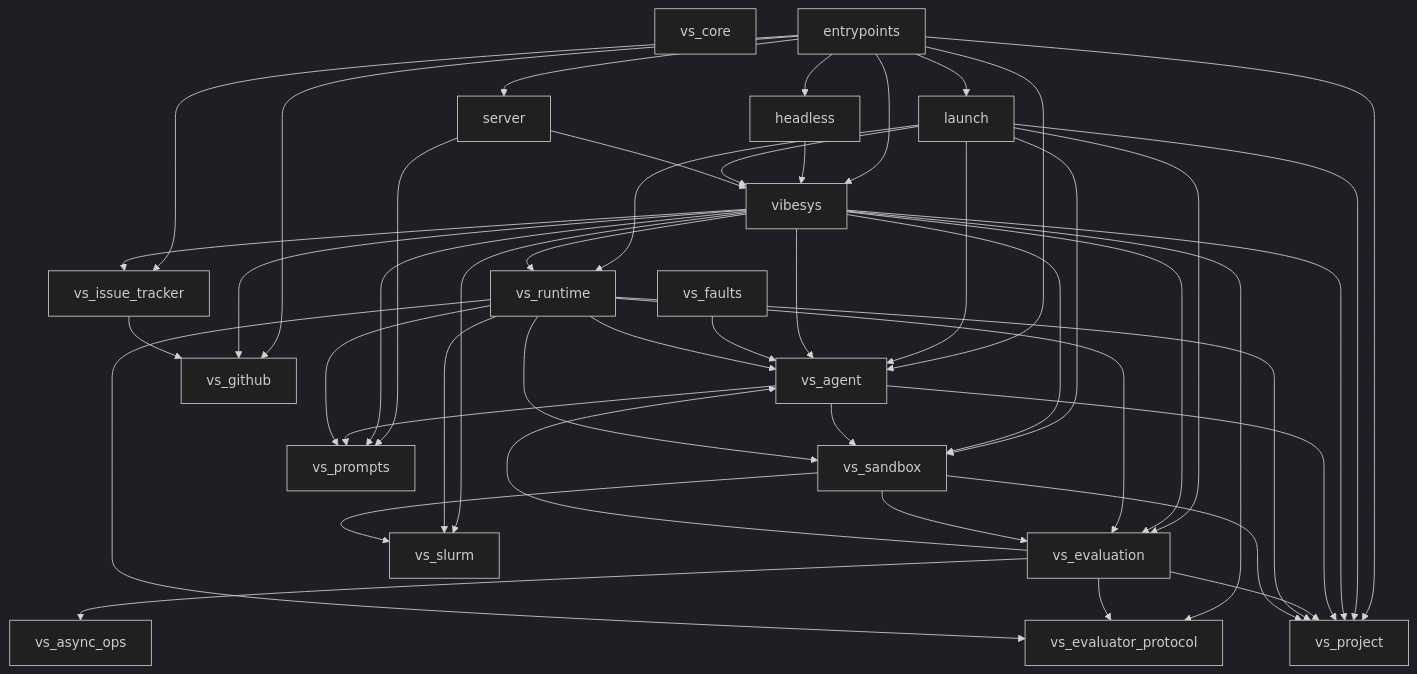
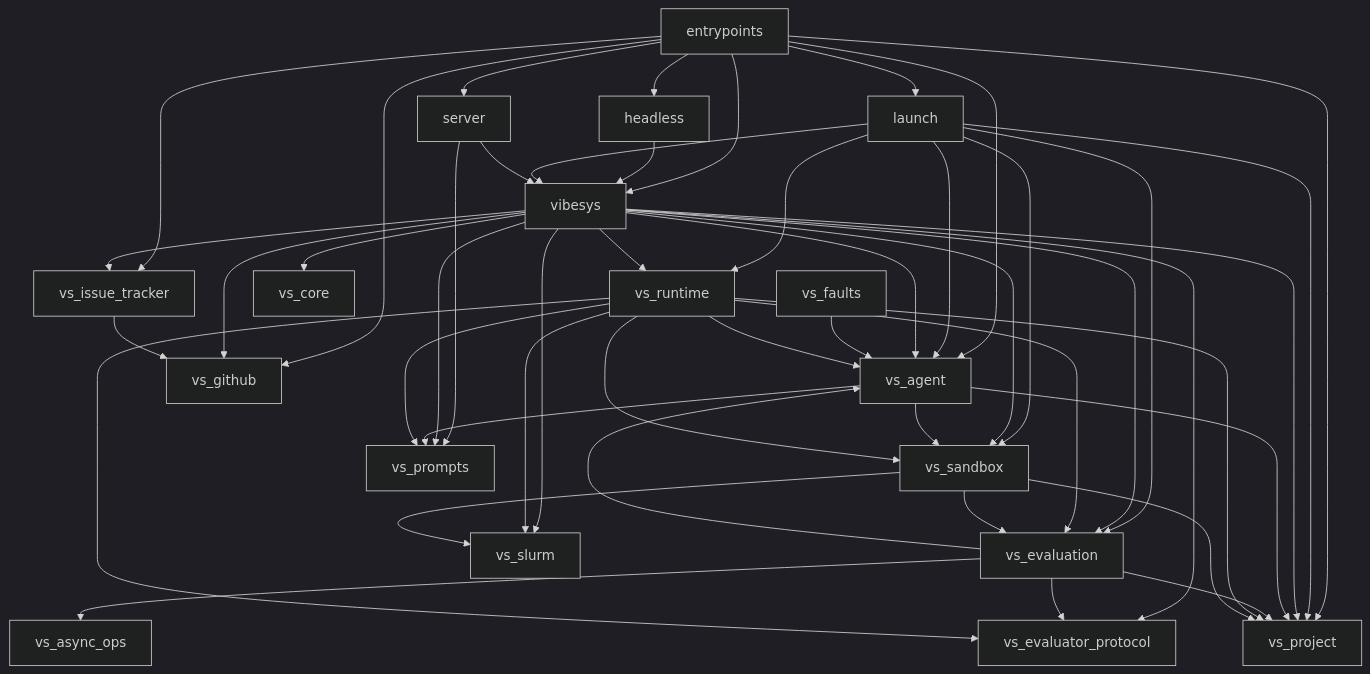
Before and after one commit to uw-syfi/vibesys: the first of 3 diagrams in docs/contributing/architecture.md, drawn with Mermaid (dark theme). The commit also changed other lines of this file and 8 other files, not shown here.

````diff
--- a/docs/contributing/architecture.md
+++ b/docs/contributing/architecture.md
@@ -87,50 +87,50 @@
 ```mermaid
 graph TD
-    vs_core
     entrypoints --> headless
     entrypoints --> launch
     entrypoints --> server
     entrypoints --> vibesys
     entrypoints --> vs_agent
     entrypoints --> vs_github
     entrypoints --> vs_issue_tracker
     entrypoints --> vs_project
     headless --> vibesys
     launch --> vibesys
     launch --> vs_agent
     launch --> vs_evaluation
     launch --> vs_project
     launch --> vs_runtime
     launch --> vs_sandbox
     server --> vibesys
     server --> vs_prompts
     vibesys --> vs_agent
+    vibesys --> vs_core
     vibesys --> vs_evaluation
     vibesys --> vs_evaluator_protocol
     vibesys --> vs_github
     vibesys --> vs_issue_tracker
     vibesys --> vs_project
     vibesys --> vs_prompts
     vibesys --> vs_runtime
     vibesys --> vs_sandbox
     vibesys --> vs_slurm
     vs_agent --> vs_project
     vs_agent --> vs_prompts
     vs_agent --> vs_sandbox
     vs_evaluation --> vs_agent
     vs_evaluation --> vs_async_ops
     vs_evaluation --> vs_evaluator_protocol
     vs_evaluation --> vs_project
     vs_faults --> vs_agent
     vs_issue_tracker --> vs_github
     vs_runtime --> vs_agent
     vs_runtime --> vs_evaluation
     vs_runtime --> vs_evaluator_protocol
     vs_runtime --> vs_project
     vs_runtime --> vs_prompts
     vs_runtime --> vs_sandbox
     vs_runtime --> vs_slurm
     vs_sandbox --> vs_evaluation
     vs_sandbox --> vs_project
     vs_sandbox --> vs_slurm
 ```
````
